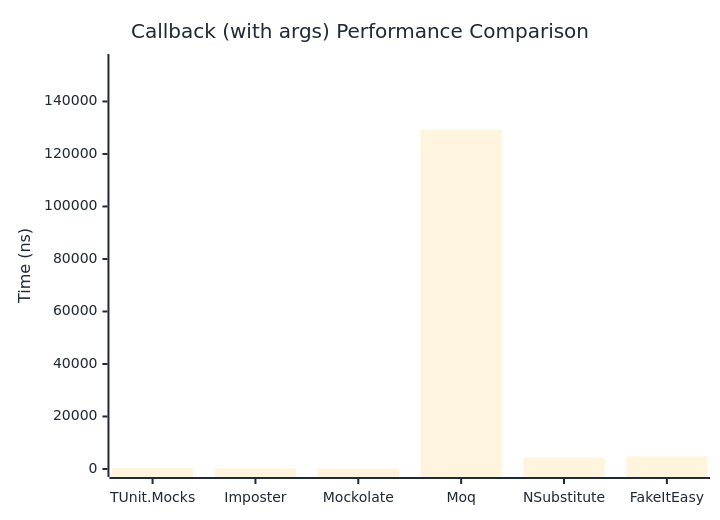
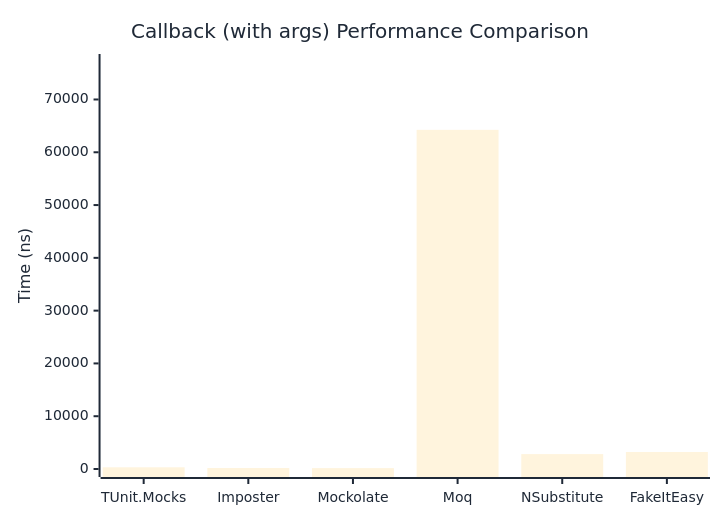
The second of 2 diagrams in docs/docs/benchmarks/mocks/Callback.md (thomhurst/TUnit), drawn with Mermaid before and after one commit. The commit also changed other lines of this file and 14 other files, not shown here.

````diff
--- a/docs/docs/benchmarks/mocks/Callback.md
+++ b/docs/docs/benchmarks/mocks/Callback.md
@@ -71,27 +71,27 @@
 ```mermaid
 %%{init: {
   'theme':'base',
   'themeVariables': {
     'primaryColor': '#2563eb',
     'primaryTextColor': '#1f2937',
     'primaryBorderColor': '#1e40af',
     'lineColor': '#6b7280',
     'secondaryColor': '#7c3aed',
     'tertiaryColor': '#dc2626',
     'background': '#ffffff',
     'pie1': '#2563eb',
     'pie2': '#7c3aed',
     'pie3': '#dc2626',
     'pie4': '#f59e0b',
     'pie5': '#10b981',
     'pie6': '#06b6d4',
     'pie7': '#ec4899',
     'pie8': '#6366f1'
   }
 }}%%
 xychart-beta
   title "Callback (with args) Performance Comparison"
   x-axis ["TUnit.Mocks", "Imposter", "Mockolate", "Moq", "NSubstitute", "FakeItEasy"]
-  y-axis "Time (ns)" 0 --> 155032
-  bar [473.6, 250.6, 229.6, 129192.9, 4308.3, 4833.6]
+  y-axis "Time (ns)" 0 --> 77101
+  bar [320.1, 189.8, 169, 64250.4, 2823.4, 3217.9]
 ```
````
